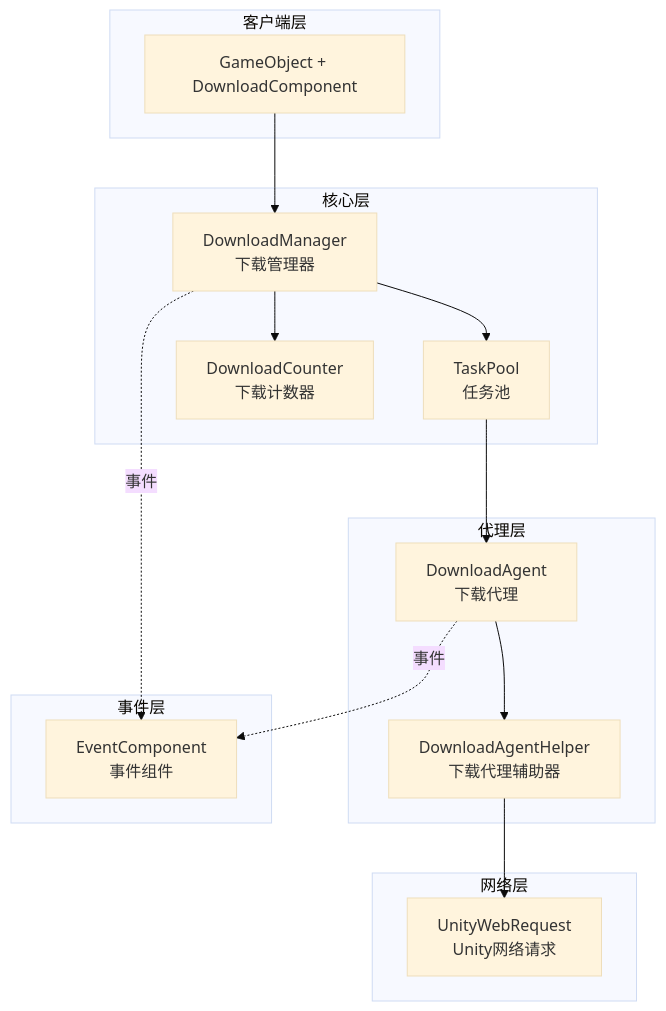
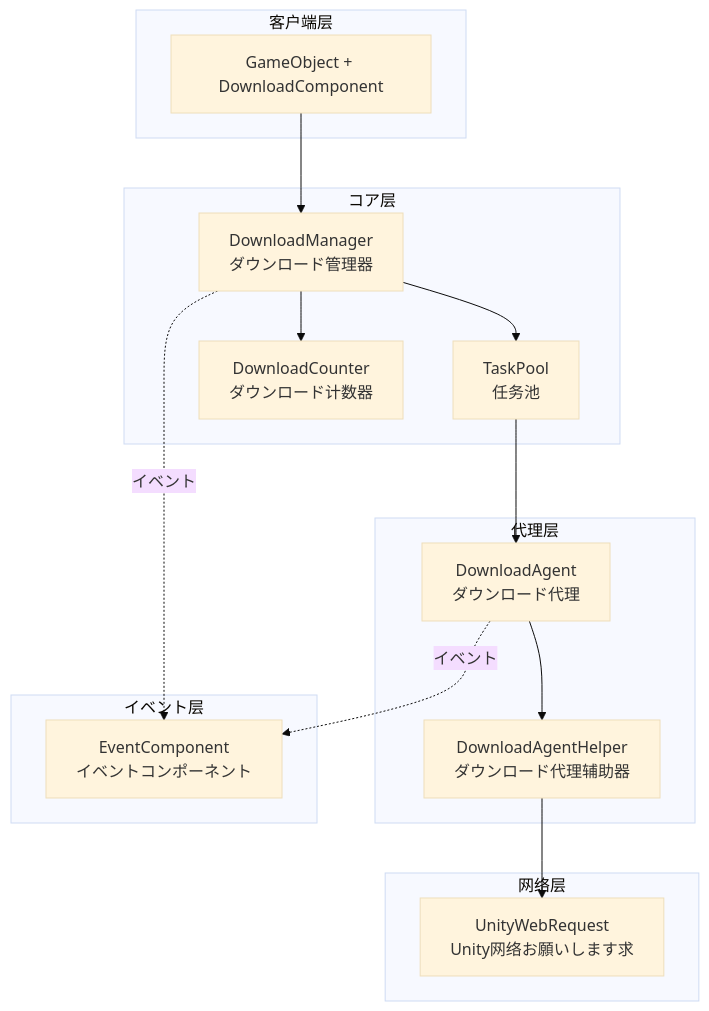
The first of 2 diagrams in docs/ja/client/unity/component/download/01.overview.md (AlianBlank/GameFrameX.Docs), drawn with Mermaid (base theme) before and after one commit. The commit also changed other lines of this file and 603 other files, not shown here.

````diff
--- a/docs/ja/client/unity/component/download/01.overview.md
+++ b/docs/ja/client/unity/component/download/01.overview.md
@@ -73,34 +73,34 @@
 ```mermaid
 flowchart TB
     subgraph ClientLayer["客户端层"]
         GC[GameObject + DownloadComponent]
     end
 
-    subgraph CoreLayer["核心层"]
-        DM[DownloadManager<br/>下载管理器]
+    subgraph CoreLayer["コア层"]
+        DM[DownloadManager<br/>ダウンロード管理器]
         TP[TaskPool<br/>任务池]
-        DC[DownloadCounter<br/>下载计数器]
+        DC[DownloadCounter<br/>ダウンロード计数器]
     end
 
     subgraph AgentLayer["代理层"]
-        DA[DownloadAgent<br/>下载代理]
-        DAH[DownloadAgentHelper<br/>下载代理辅助器]
+        DA[DownloadAgent<br/>ダウンロード代理]
+        DAH[DownloadAgentHelper<br/>ダウンロード代理辅助器]
     end
 
     subgraph NetworkLayer["网络层"]
-        UWR[UnityWebRequest<br/>Unity网络请求]
+        UWR[UnityWebRequest<br/>Unity网络お願いします求]
     end
 
-    subgraph EventLayer["事件层"]
-        EV[EventComponent<br/>事件组件]
+    subgraph EventLayer["イベント层"]
+        EV[EventComponent<br/>イベントコンポーネント]
     end
 
     GC --> DM
     DM --> TP
     DM --> DC
     TP --> DA
     DA --> DAH
     DAH --> UWR
-    DM -.->|事件| EV
-    DA -.->|事件| EV
+    DM -.->|イベント| EV
+    DA -.->|イベント| EV
 ```
````
